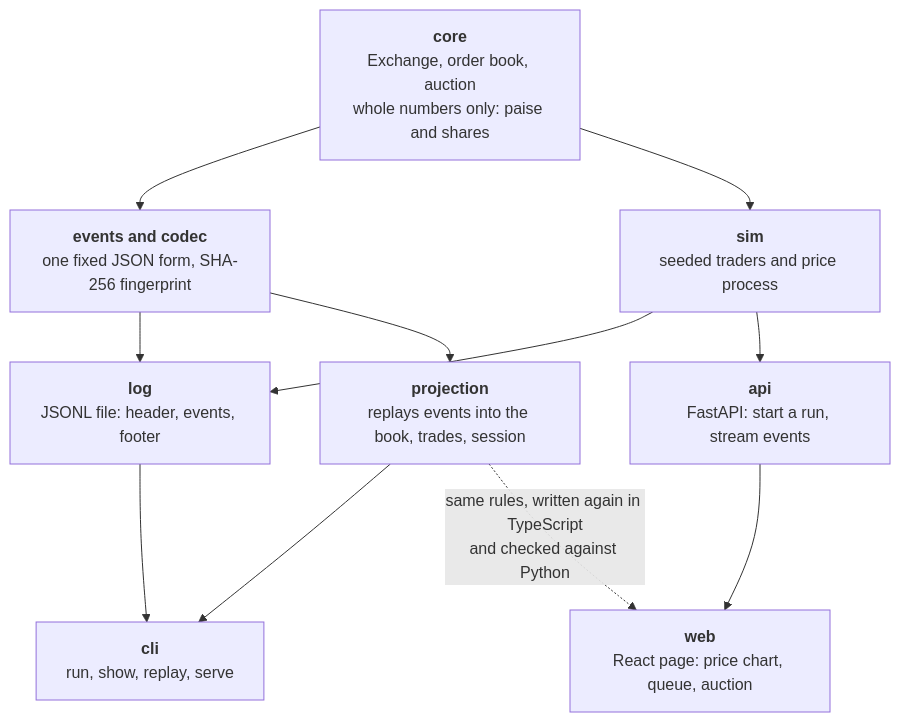
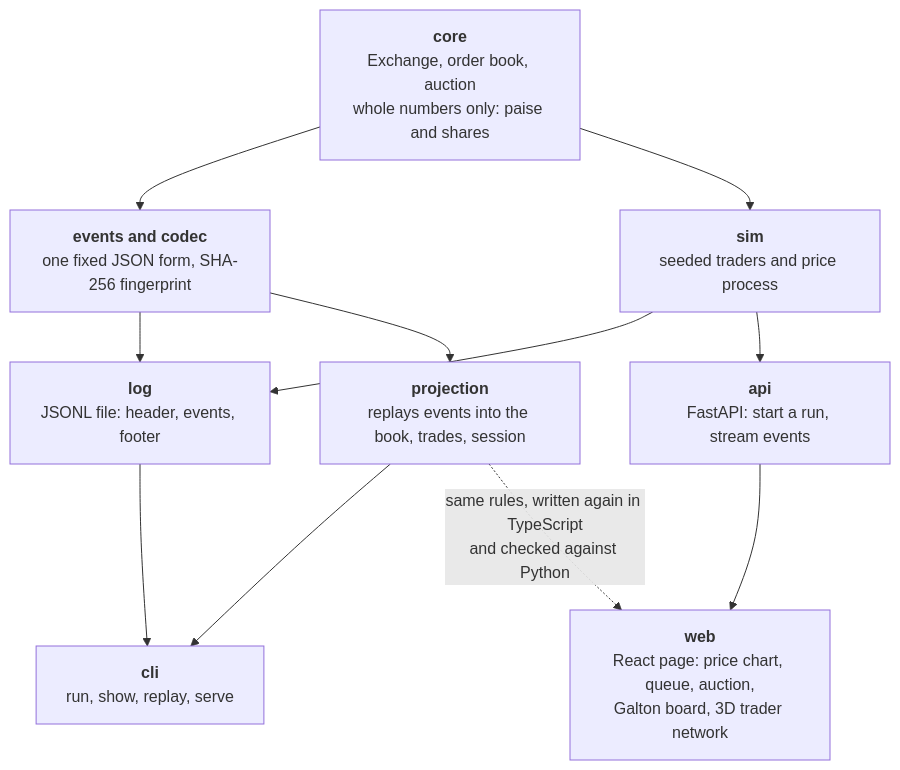
Before and after one commit to shivemn/market-lab: the second of 6 diagrams in docs/architecture.md, drawn with Mermaid. The commit also changed other lines of this file and 1 other file, not shown here.

Commit message:
Describe the price paths and the motion rules in the README and architecture notes

````diff
--- a/docs/architecture.md
+++ b/docs/architecture.md
@@ -50,22 +52,22 @@
 ```mermaid
 flowchart TB
     core["<b>core</b><br/>Exchange, order book, auction<br/>whole numbers only: paise and shares"]
     events["<b>events and codec</b><br/>one fixed JSON form, SHA-256 fingerprint"]
     log["<b>log</b><br/>JSONL file: header, events, footer"]
     proj["<b>projection</b><br/>replays events into the book, trades, session"]
     sim["<b>sim</b><br/>seeded traders and price process"]
     api["<b>api</b><br/>FastAPI: start a run, stream events"]
-    web["<b>web</b><br/>React page: price chart, queue, auction"]
+    web["<b>web</b><br/>React page: price chart, queue, auction,<br/>Galton board, 3D trader network"]
     cli["<b>cli</b><br/>run, show, replay, serve"]
 
     core --> events
     events --> log
     events --> proj
     core --> sim
     sim --> log
     log --> cli
     proj --> cli
     sim --> api
     api --> web
     proj -. "same rules, written again in TypeScript<br/>and checked against Python" .-> web
 ```
````
